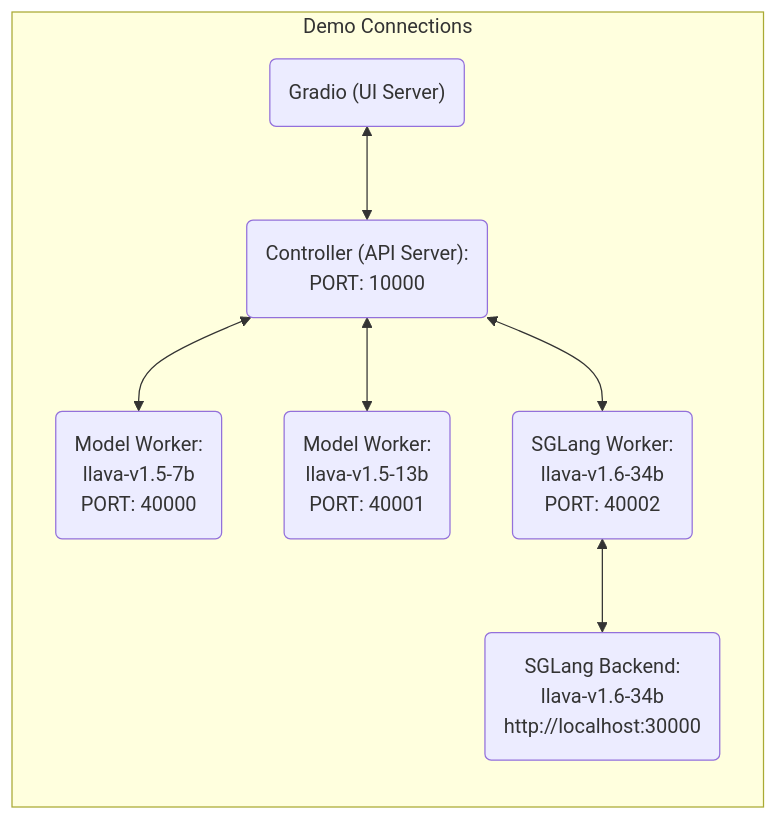
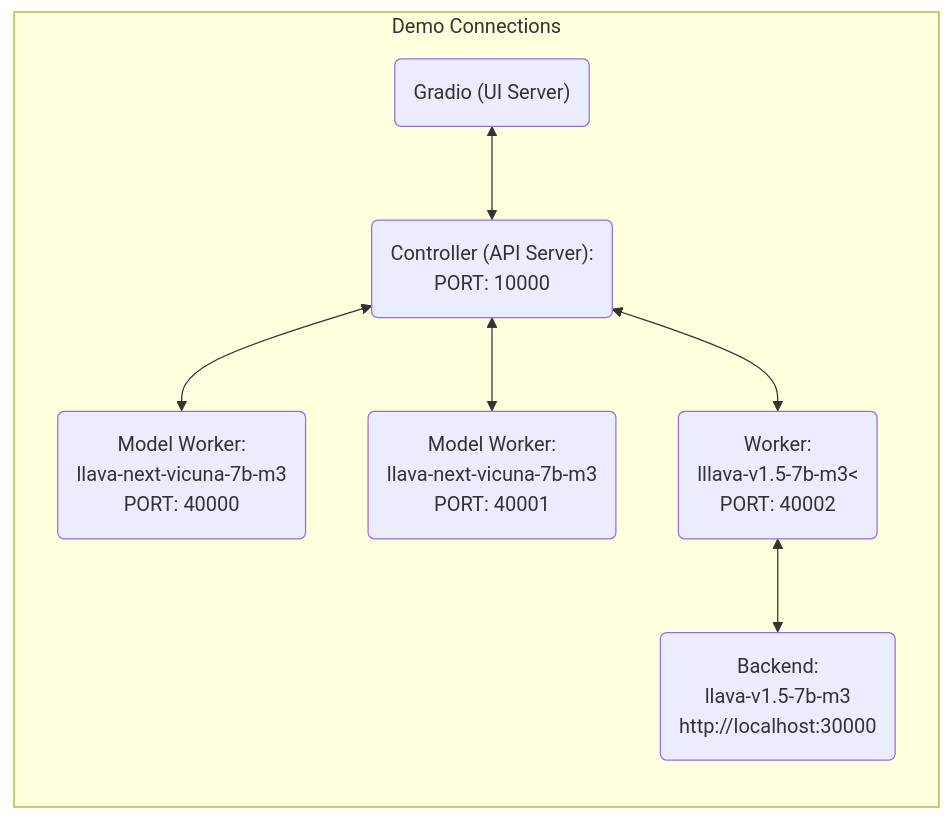
The diagram in README.md (mu-cai/matryoshka-mm), drawn with Mermaid before and after one commit. The commit also changed other lines of this file and 6 other files, not shown here.

````diff
--- a/README.md
+++ b/README.md
@@ -124,30 +126,30 @@
 ```mermaid
 flowchart BT
     %% Declare Nodes
     gws("Gradio (UI Server)")
     c("Controller (API Server):<br/>PORT: 10000")
-    mw7b("Model Worker:<br/>llava-v1.5-7b<br/>PORT: 40000")
-    mw13b("Model Worker:<br/>llava-v1.5-13b<br/>PORT: 40001")
-    sglw13b("SGLang Backend:<br/>llava-v1.6-34b<br/>http://localhost:30000")
-    lsglw13b("SGLang Worker:<br/>llava-v1.6-34b<br/>PORT: 40002")
+    mw7b("Model Worker:<br/>llava-next-vicuna-7b-m3<br/>PORT: 40000")
+    mw13b("Model Worker:<br/>llava-next-vicuna-7b-m3<br/>PORT: 40001")
+    sglw13b("Backend:<br/>llava-v1.5-7b-m3<br/>http://localhost:30000")
+    lsglw13b("Worker:<br/>lllava-v1.5-7b-m3<<br/>PORT: 40002")
 
     %% Declare Styles
     classDef data fill:#3af,stroke:#48a,stroke-width:2px,color:#444
     classDef success fill:#8f8,stroke:#0a0,stroke-width:2px,color:#444
     classDef failure fill:#f88,stroke:#f00,stroke-width:2px,color:#444
 
     %% Assign Styles
     class id,od data;
     class cimg,cs_s,scsim_s success;
     class ncimg,cs_f,scsim_f failure;
 
     subgraph Demo Connections
         direction BT
         c<-->gws
         
         mw7b<-->c
         mw13b<-->c
         lsglw13b<-->c
         sglw13b<-->lsglw13b
     end
 ```
````
